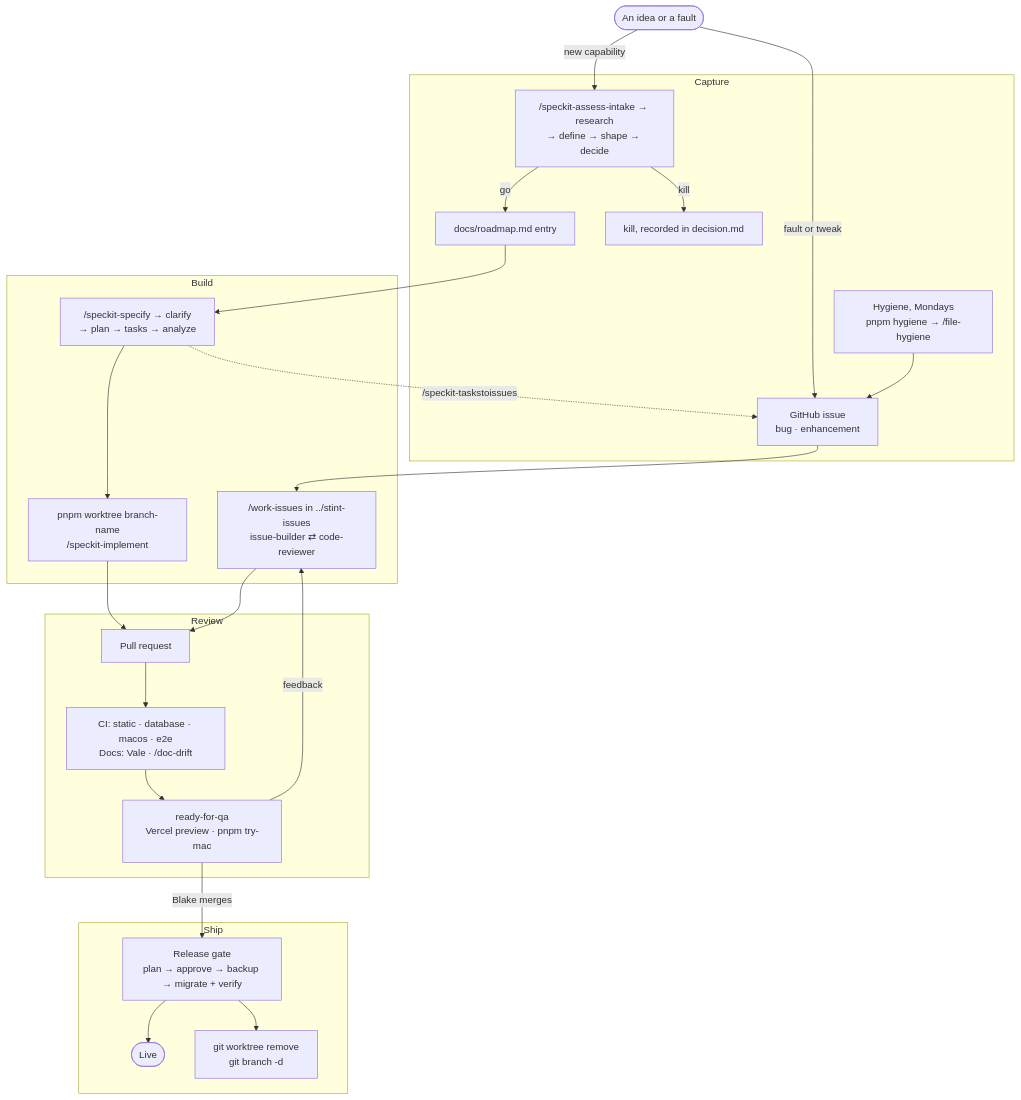
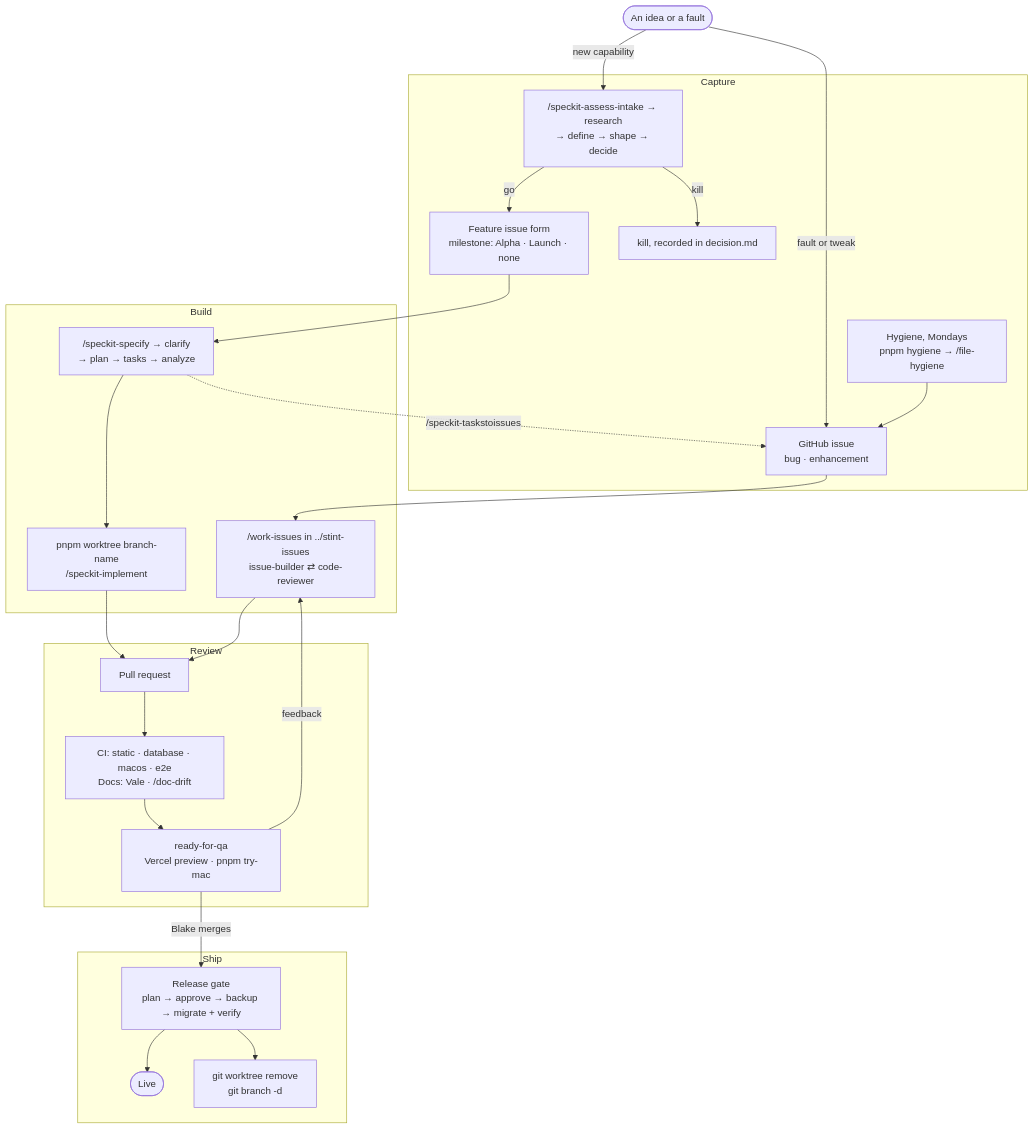
One commit to BlakeEriks/stint changed the diagram in docs/sdlc.md. Above: the diagram before and after it, drawn with Mermaid. The commit also changed 16 other files, not shown here.

First line of the commit message:
The roadmap is GitHub issues, and ideas reach it through Spec Kit's assess (#71)

````diff
--- a/docs/sdlc.md
+++ b/docs/sdlc.md
@@ -6,47 +6,47 @@
 ```mermaid
 flowchart TD
   idea([An idea or a fault])
 
   subgraph Capture
     issue["GitHub issue<br/>bug · enhancement"]
     assess["/speckit-assess-intake → research<br/>→ define → shape → decide"]
-    roadmap["docs/roadmap.md entry"]
+    feature["Feature issue form<br/>milestone: Alpha · Launch · none"]
     killed["kill, recorded in decision.md"]
     hygiene["Hygiene, Mondays<br/>pnpm hygiene → /file-hygiene"]
   end
 
   subgraph Build
     spec["/speckit-specify → clarify<br/>→ plan → tasks → analyze"]
     impl["pnpm worktree branch-name<br/>/speckit-implement"]
     wi["/work-issues in ../stint-issues<br/>issue-builder ⇄ code-reviewer"]
   end
 
   subgraph Review
     pr["Pull request"]
     ci["CI: static · database · macos · e2e<br/>Docs: Vale · /doc-drift"]
     qa["ready-for-qa<br/>Vercel preview · pnpm try-mac"]
   end
 
   subgraph Ship
     release["Release gate<br/>plan → approve → backup → migrate + verify"]
     live([Live])
     cleanup["git worktree remove<br/>git branch -d"]
   end
 
   idea -->|fault or tweak| issue
   idea -->|new capability| assess
-  assess -->|go| roadmap
+  assess -->|go| feature
   assess -->|kill| killed
   hygiene --> issue
-  roadmap --> spec
+  feature --> spec
   spec --> impl
   spec -.->|/speckit-taskstoissues| issue
   issue --> wi
   impl --> pr
   wi --> pr
   pr --> ci --> qa
   qa -->|feedback| wi
   qa -->|Blake merges| release
   release --> live
   release --> cleanup
 ```
````
